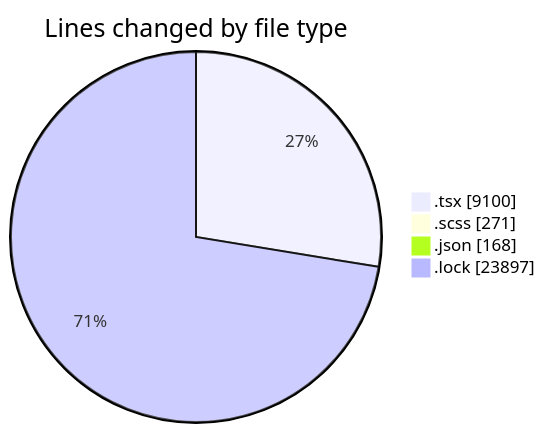
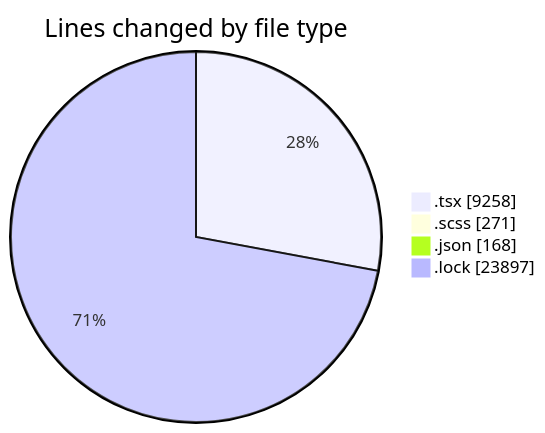
Before and after one commit to momahboobian/code-tracking: the first of 2 diagrams in 2025-11-18/cda/README.md, drawn with Mermaid. The commit also changed other lines of this file and 1 other file, not shown here.

````diff
--- a/2025-11-18/cda/README.md
+++ b/2025-11-18/cda/README.md
@@ -36,8 +37,8 @@
 ```mermaid
 pie showData
 title Lines changed by file type
-".tsx" : 9100
+".tsx" : 9258
 ".scss" : 271
 ".json" : 168
 ".lock" : 23897
 ```
````
